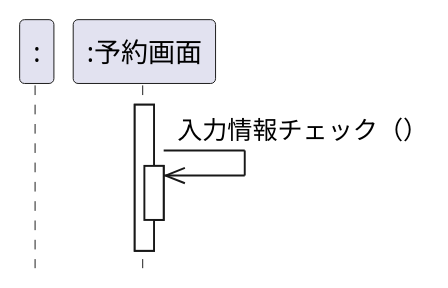
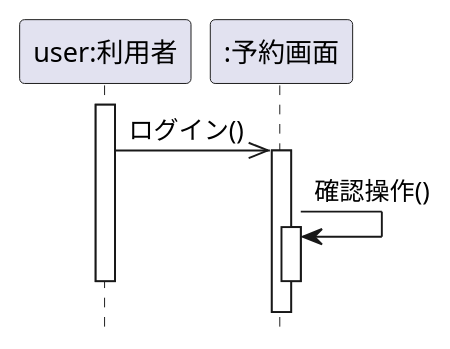
The diagram in 演習4-2_SD_利用者と予約画面.pu (moppechan/uml_introduction), drawn with PlantUML before and after one commit. The commit also changed 4 other files, not shown here.

```diff
--- a/演習4-2_SD_利用者と予約画面.pu
+++ b/演習4-2_SD_利用者と予約画面.pu
@@ -1,10 +1,12 @@
 @startuml 利用者と予約画面
 hide footbox
-participant ":"
+participant "user:利用者" as user
 participant ":予約画面" as yoyaku
+activate user
+    user ->> yoyaku:ログイン()
 activate yoyaku
-    yoyaku ->> yoyaku: 入力情報チェック（）
+    yoyaku -> yoyaku:確認操作()
     activate yoyaku
-    ' deactivate yoyaku
+deactivate user
 deactivate yoyaku
 @enduml
```
